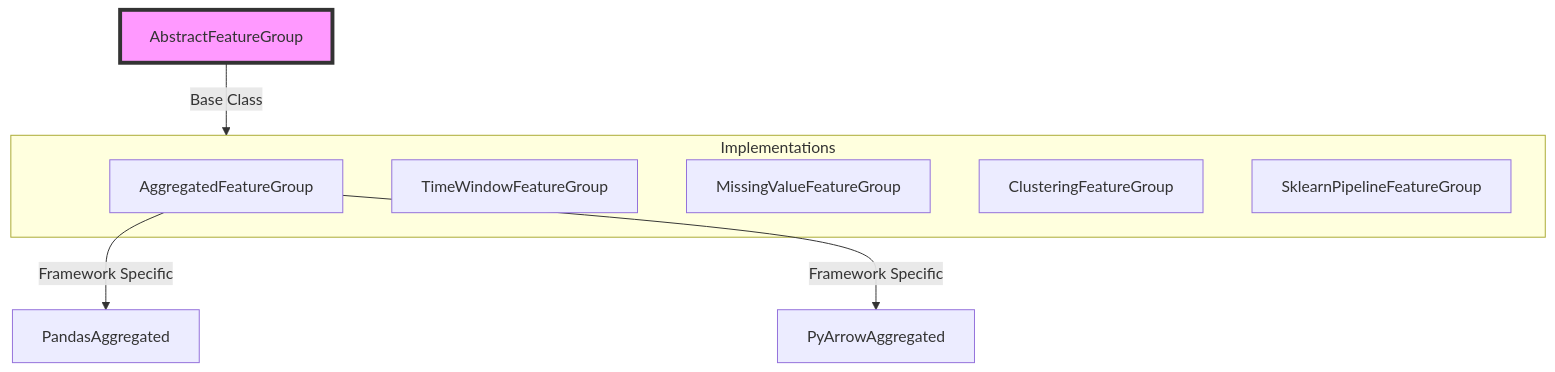
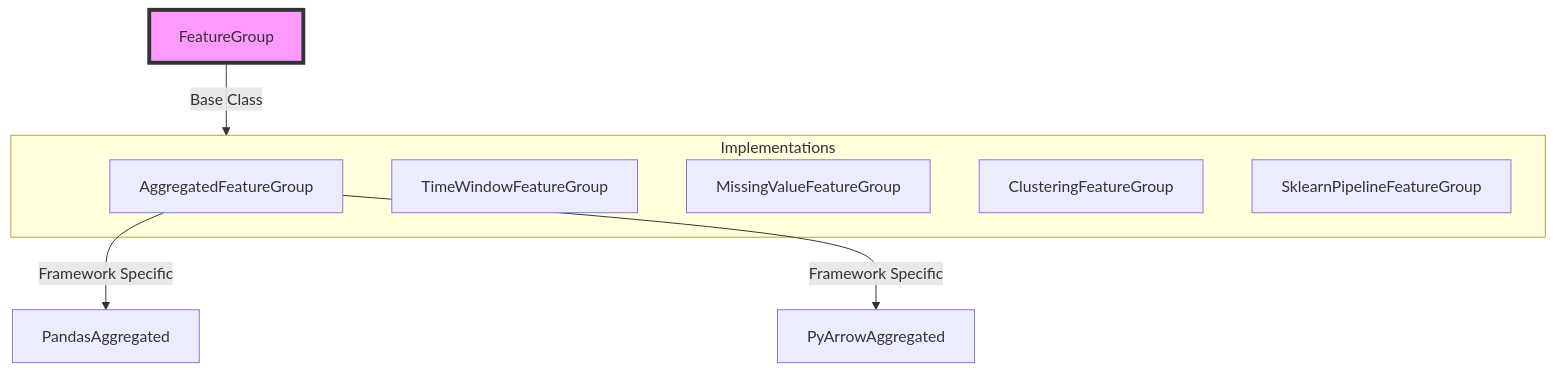
The first of 5 diagrams in memory-bank/feature_groups.md (mloda-ai/mloda), drawn with Mermaid before and after one commit. The commit also changed other lines of this file and 467 other files, not shown here.

````diff
--- a/memory-bank/feature_groups.md
+++ b/memory-bank/feature_groups.md
@@ -7,17 +7,17 @@
 ```mermaid
 graph TD
-    AFG[AbstractFeatureGroup] --> |Base Class| Implementations
+    AFG[FeatureGroup] --> |Base Class| Implementations
     
     subgraph Implementations
         AGG[AggregatedFeatureGroup]
         TW[TimeWindowFeatureGroup]
         MV[MissingValueFeatureGroup]
         CL[ClusteringFeatureGroup]
         SK[SklearnPipelineFeatureGroup]
     end
     
     AGG --> |Framework Specific| PA[PandasAggregated]
     AGG --> |Framework Specific| PY[PyArrowAggregated]
     
     style AFG fill:#f9f,stroke:#333,stroke-width:4px
 ```
````
